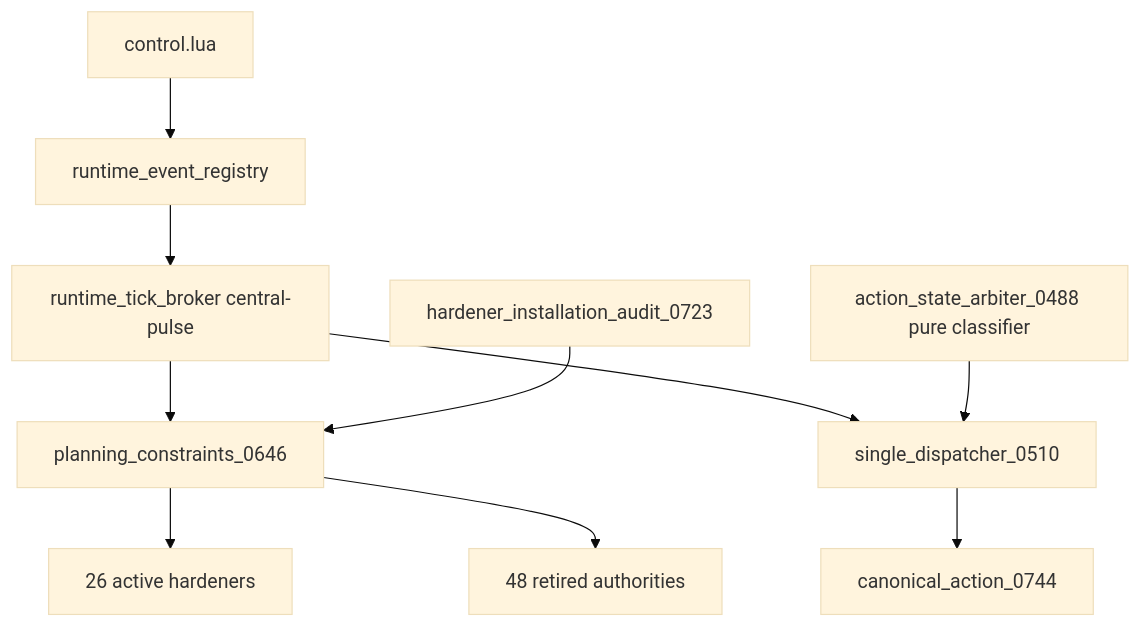
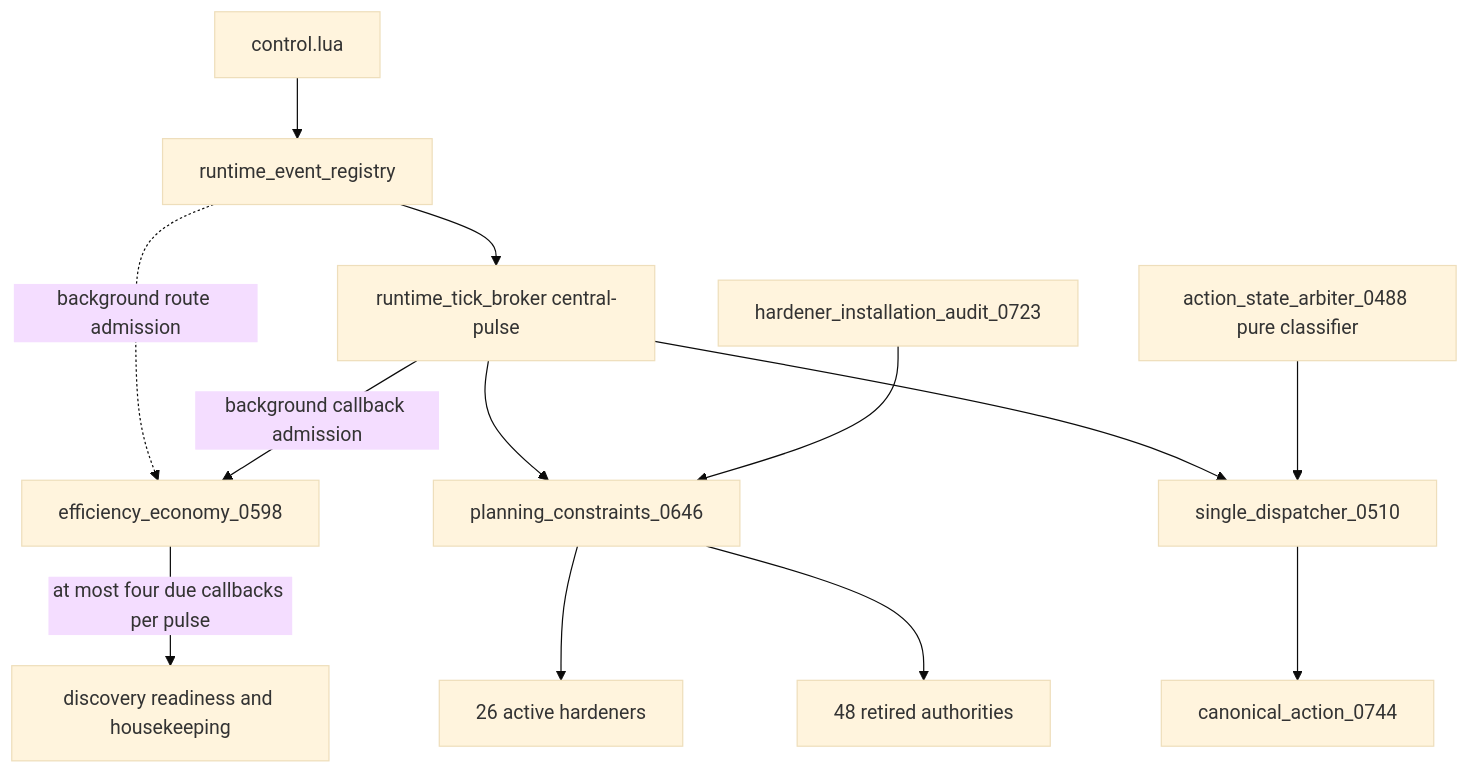
The first of 22 diagrams in docs/RECOVERY_AUTHORITY_MAP_CURRENT.md (mrcalzon02/Tech-Priests), drawn with Mermaid (base theme) before and after one commit. The commit also changed other lines of this file and 22 other files, not shown here.

````diff
--- a/docs/RECOVERY_AUTHORITY_MAP_CURRENT.md
+++ b/docs/RECOVERY_AUTHORITY_MAP_CURRENT.md
@@ -13,12 +13,15 @@
 ```mermaid
 flowchart TD
     Control[control.lua] --> Registry[runtime_event_registry]
     Registry --> Broker[runtime_tick_broker central-pulse]
+    Registry -. background route admission .-> Economy[efficiency_economy_0598]
+    Broker -->|background callback admission| Economy
+    Economy -->|at most four due callbacks per pulse| Background[discovery readiness and housekeeping]
     Broker --> Planning[planning_constraints_0646]
     Planning --> Prearm[26 active hardeners]
     Planning --> Retired[48 retired authorities]
     Broker --> Dispatcher[single_dispatcher_0510]
     Dispatcher --> Action[canonical_action_0744]
     Arbiter[action_state_arbiter_0488 pure classifier] --> Dispatcher
     Finalizer[hardener_installation_audit_0723] --> Planning
 ```
````
